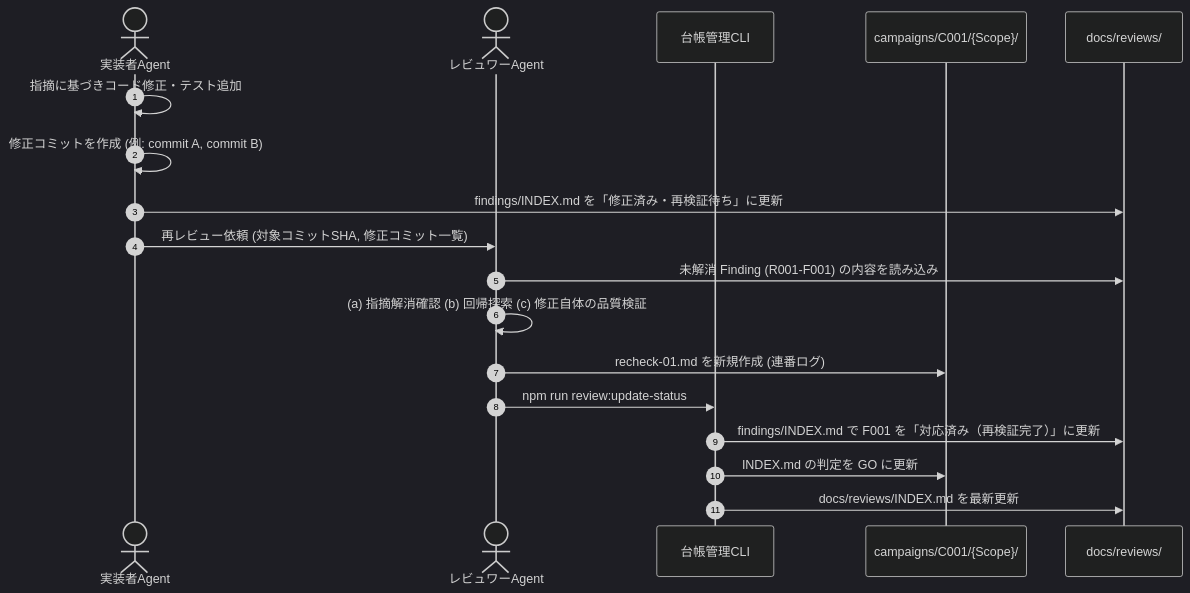
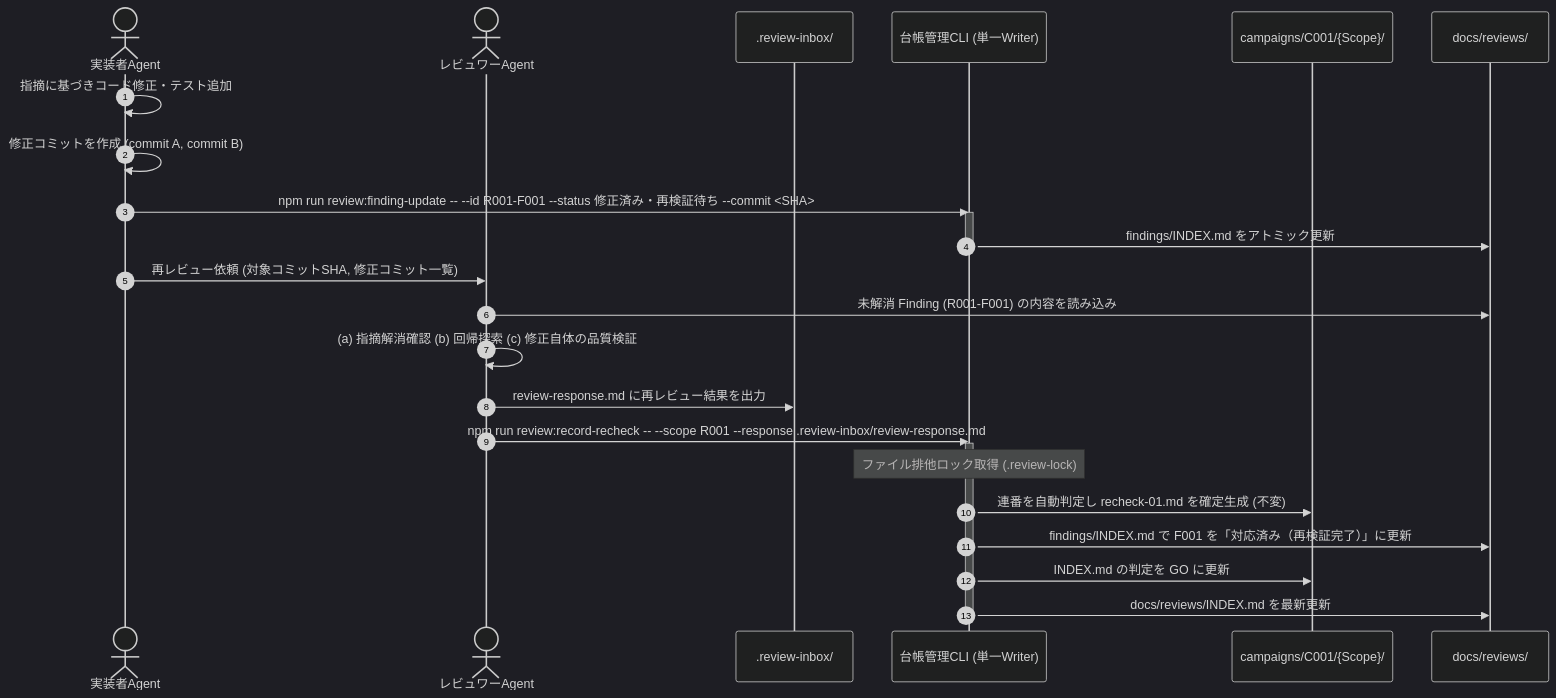
Before and after one commit to okinawa-systembit/herdr-orchestration: the fourth of 6 diagrams in docs/reviews/CONTINUOUS_REVIEW_DESIGN.md, drawn with Mermaid (dark theme). The commit also changed other lines of this file, not shown here.

First line of the commit message:
docs(review): Phase 1 設計再レビュー指摘の反映 (REV-01〜REV-04)

````diff
--- a/docs/reviews/CONTINUOUS_REVIEW_DESIGN.md
+++ b/docs/reviews/CONTINUOUS_REVIEW_DESIGN.md
@@ -562,21 +558,29 @@
 ```mermaid
 sequenceDiagram
     autonumber
     actor Implementer as 実装者Agent
     actor Reviewer as レビュワーAgent
-    participant CLI as 台帳管理CLI
+    participant Inbox as .review-inbox/
+    participant CLI as 台帳管理CLI (単一Writer)
     participant CampaignDir as campaigns/C001/{Scope}/
     participant Ledger as docs/reviews/
 
     Implementer->>Implementer: 指摘に基づきコード修正・テスト追加
-    Implementer->>Implementer: 修正コミットを作成 (例: commit A, commit B)
-    Implementer->>Ledger: findings/INDEX.md を「修正済み・再検証待ち」に更新
+    Implementer->>Implementer: 修正コミットを作成 (commit A, commit B)
+    Implementer->>CLI: npm run review:finding-update -- --id R001-F001 --status 修正済み・再検証待ち --commit <SHA>
+    activate CLI
+    CLI->>Ledger: findings/INDEX.md をアトミック更新
+    deactivate CLI
     Implementer->>Reviewer: 再レビュー依頼 (対象コミットSHA, 修正コミット一覧)
     Reviewer->>Ledger: 未解消 Finding (R001-F001) の内容を読み込み
     Reviewer->>Reviewer: (a) 指摘解消確認 (b) 回帰探索 (c) 修正自体の品質検証
-    Reviewer->>CampaignDir: recheck-01.md を新規作成 (連番ログ)
-    Reviewer->>CLI: npm run review:update-status
+    Reviewer->>Inbox: review-response.md に再レビュー結果を出力
+    Reviewer->>CLI: npm run review:record-recheck -- --scope R001 --response .review-inbox/review-response.md
+    activate CLI
+    Note over CLI: ファイル排他ロック取得 (.review-lock)
+    CLI->>CampaignDir: 連番を自動判定し recheck-01.md を確定生成 (不変)
     CLI->>Ledger: findings/INDEX.md で F001 を「対応済み（再検証完了）」に更新
     CLI->>CampaignDir: INDEX.md の判定を GO に更新
     CLI->>Ledger: docs/reviews/INDEX.md を最新更新
+    deactivate CLI
 ```
````
